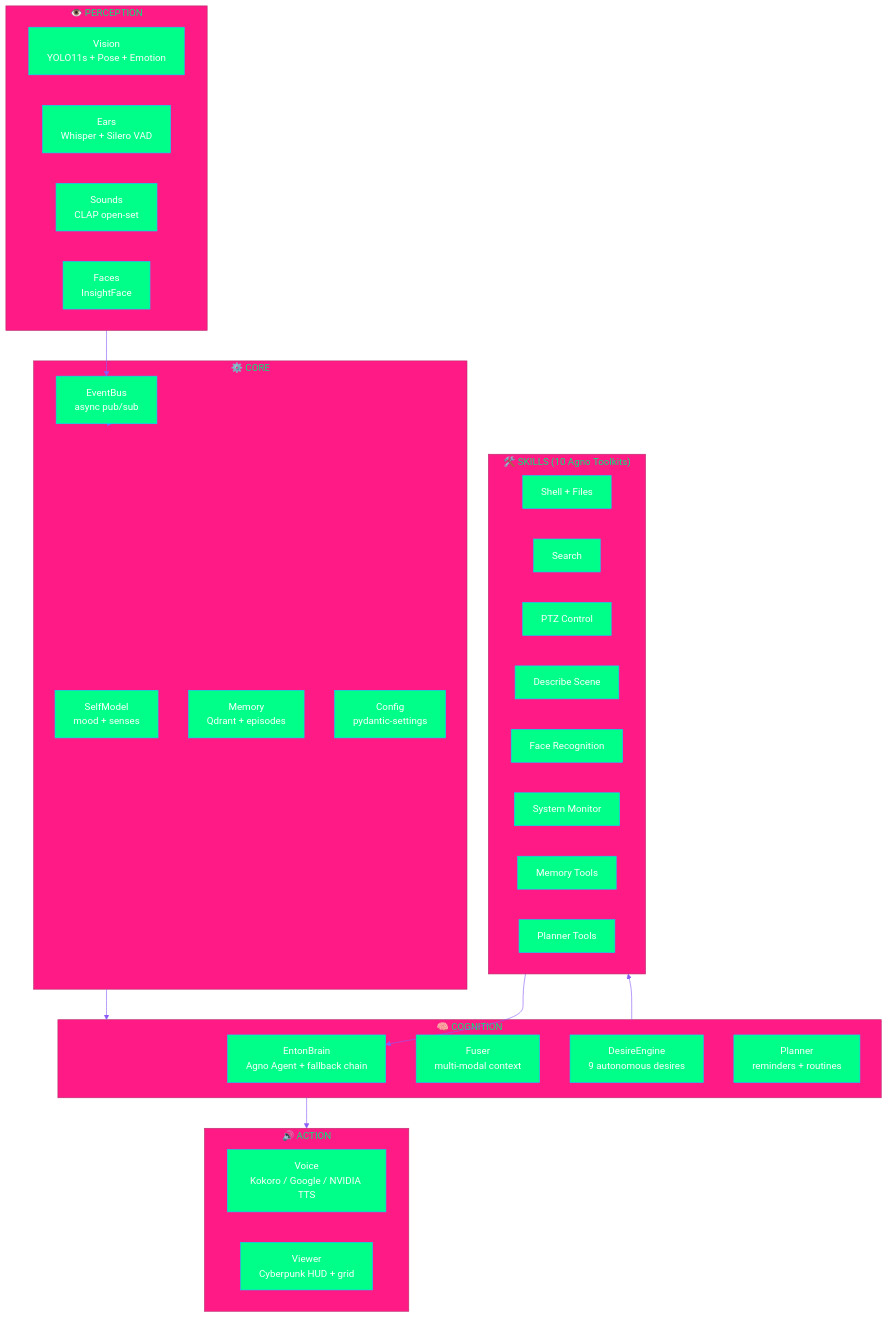
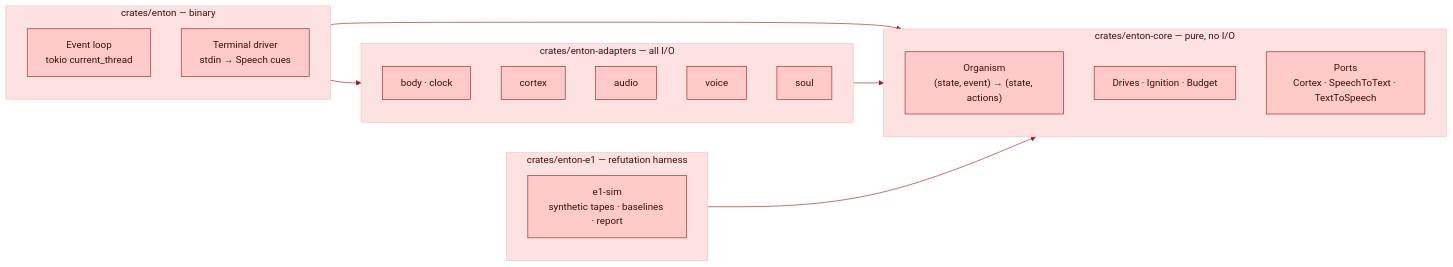
Before and after one commit to gabrielmaialva33/enton: the third of 3 diagrams in README.md, drawn with Mermaid. The commit also changed other lines of this file and 3 other files, not shown here.

First line of the commit message:
docs: document Rust architecture, thesis, and agent instructions

````diff
--- a/README.md
+++ b/README.md
@@ -121,47 +248,31 @@
 ```mermaid
-%%{init: {'theme': 'base', 'themeVariables': { 'primaryColor': '#00ff88', 'primaryTextColor': '#fff', 'primaryBorderColor': '#00d4ff', 'lineColor': '#8b5cf6', 'secondaryColor': '#0a0a1a'}}}%%
-graph TB
-    subgraph PERCEPTION["👁️ PERCEPTION"]
-        V[Vision<br/>YOLO11s + Pose + Emotion]
-        E[Ears<br/>Whisper + Silero VAD]
-        S[Sounds<br/>CLAP open-set]
-        F[Faces<br/>InsightFace]
+%%{init: {'theme': 'base', 'themeVariables': {'primaryColor': '#fecaca', 'primaryTextColor': '#450a0a', 'primaryBorderColor': '#991b1b', 'secondaryColor': '#bbf7d0', 'secondaryTextColor': '#052e16', 'secondaryBorderColor': '#166534', 'tertiaryColor': '#fee2e2', 'tertiaryTextColor': '#450a0a', 'lineColor': '#991b1b', 'textColor': '#1c1917'}}}%%
+graph LR
+    subgraph BIN["crates/enton — binary"]
+        LOOP["Event loop<br/>tokio current_thread"]
+        DRIVER["Terminal driver<br/>stdin → Speech cues"]
     end
 
-    subgraph CORE["⚙️ CORE"]
-        BUS[EventBus<br/>async pub/sub]
-        SM[SelfModel<br/>mood + senses]
-        MEM[Memory<br/>Qdrant + episodes]
-        CFG[Config<br/>pydantic-settings]
+    subgraph CORE["crates/enton-core — pure, no I/O"]
+        ORG["Organism<br/>(state, event) → (state, actions)"]
+        MECH["Drives · Ignition · Budget"]
+        PORTS["Ports<br/>Cortex · SpeechToText · TextToSpeech"]
     end
 
-    subgraph COGNITION["🧠 COGNITION"]
-        BRAIN[EntonBrain<br/>Agno Agent + fallback chain]
-        FUSER[Fuser<br/>multi-modal context]
-        DES[DesireEngine<br/>9 autonomous desires]
-        PLAN[Planner<br/>reminders + routines]
+    subgraph ADP["crates/enton-adapters — all I/O"]
+        BODY["body · clock"]
+        CORTEX["cortex"]
+        AUDIO["audio"]
+        VOICE["voice"]
+        SOUL["soul"]
     end
 
-    subgraph SKILLS["🛠️ SKILLS (10 Agno Toolkits)"]
-        SH[Shell + Files]
-        SR[Search]
-        PT[PTZ Control]
-        DS[Describe Scene]
-        FC[Face Recognition]
-        SY[System Monitor]
-        ME[Memory Tools]
-        PL[Planner Tools]
+    subgraph E1["crates/enton-e1 — refutation harness"]
+        SIM["e1-sim<br/>synthetic tapes · baselines · report"]
     end
 
-    subgraph ACTION["🔊 ACTION"]
-        VOICE[Voice<br/>Kokoro / Google / NVIDIA TTS]
-        VIEWER[Viewer<br/>Cyberpunk HUD + grid]
-    end
-
-    PERCEPTION --> BUS
-    BUS --> CORE
-    CORE --> COGNITION
-    COGNITION --> SKILLS
-    COGNITION --> ACTION
-    SKILLS --> BRAIN
+    BIN --> CORE
+    BIN --> ADP
+    ADP --> CORE
+    E1 --> CORE
 ```
````
